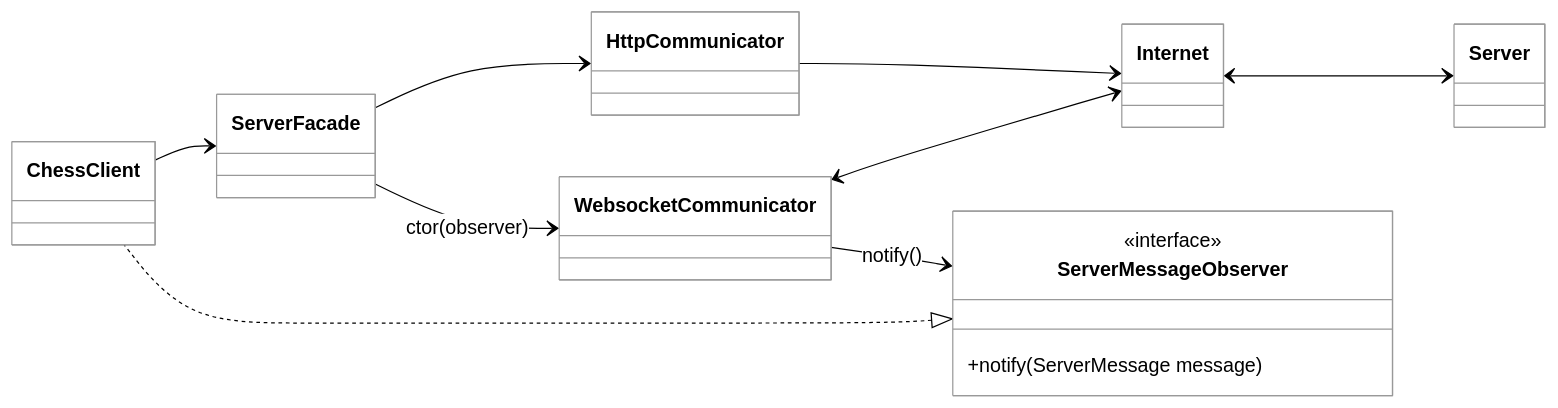
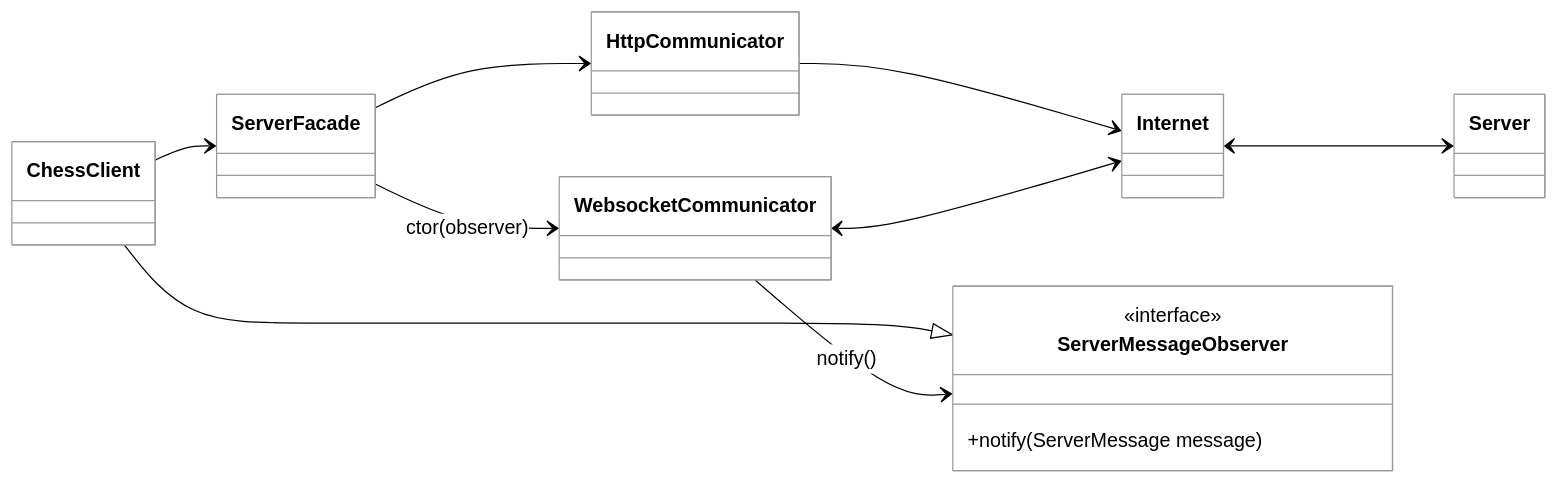
The first of 4 diagrams in chess/6-gameplay/gameplay.md (byucsstudent/cs240v2), drawn with Mermaid before and after one commit.

Commit message:
Lee Jensen - update(☑ Phase 6: Chess Gameplay)

````diff
--- a/chess/6-gameplay/gameplay.md
+++ b/chess/6-gameplay/gameplay.md
@@ -12,33 +12,32 @@
 ```mermaid
 %%{init: { 'theme': 'neutral', 'themeVariables': { 'mainBkg': '#ffffff', 'lineColor': '#000000', 'primaryTextColor': '#000000', 'actorBorder': '#000000', 'participantBorder': '#000000', 'noteBorderColor': '#000000' } }}%%
 
 classDiagram
 
     direction LR
     class ChessClient
     class ServerFacade
     class WebsocketCommunicator
     class HttpCommunicator
     class Internet
     class Server
 
     ServerFacade --> HttpCommunicator
     HttpCommunicator --> Internet
 
     ChessClient --> ServerFacade
 
     ServerFacade --> WebsocketCommunicator : ctor(observer)
 
     class ServerMessageObserver {
         <<interface>>
         +notify(ServerMessage message)
     }
 
-    ServerMessageObserver <|.. ChessClient
-
+    ChessClient --|> ServerMessageObserver
 
     WebsocketCommunicator --> ServerMessageObserver : notify()
 
     WebsocketCommunicator <--> Internet
     Internet <--> Server
 ```
````
